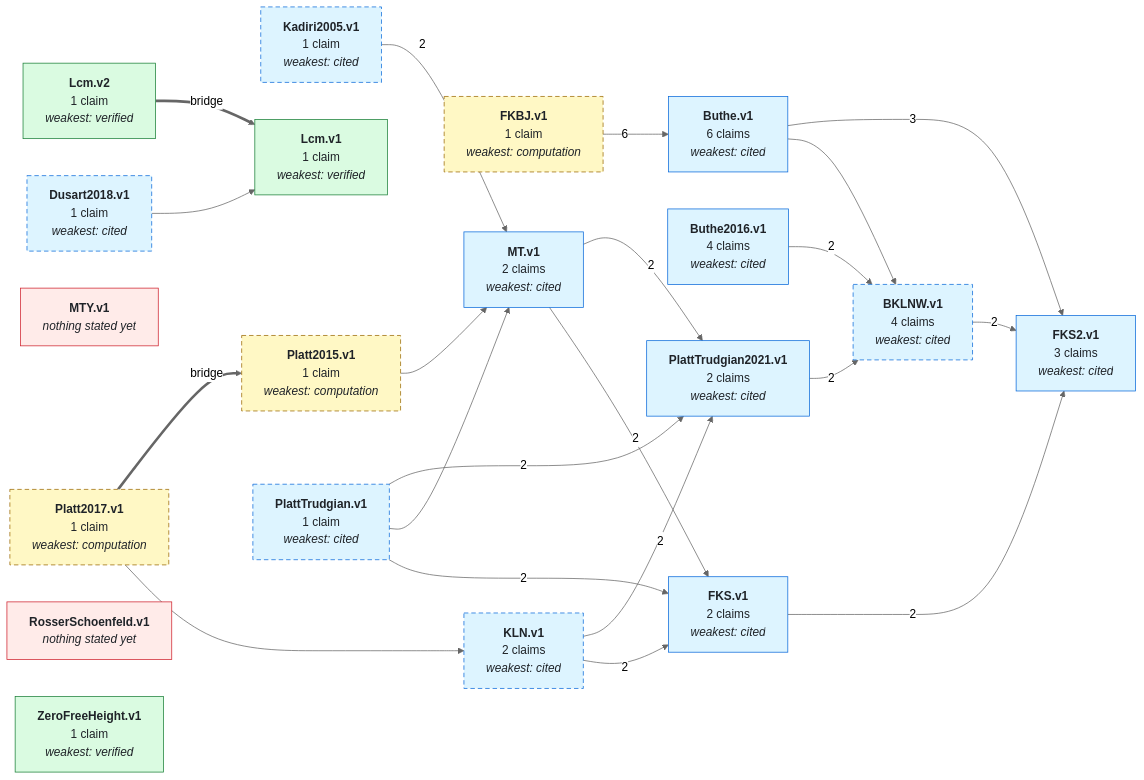
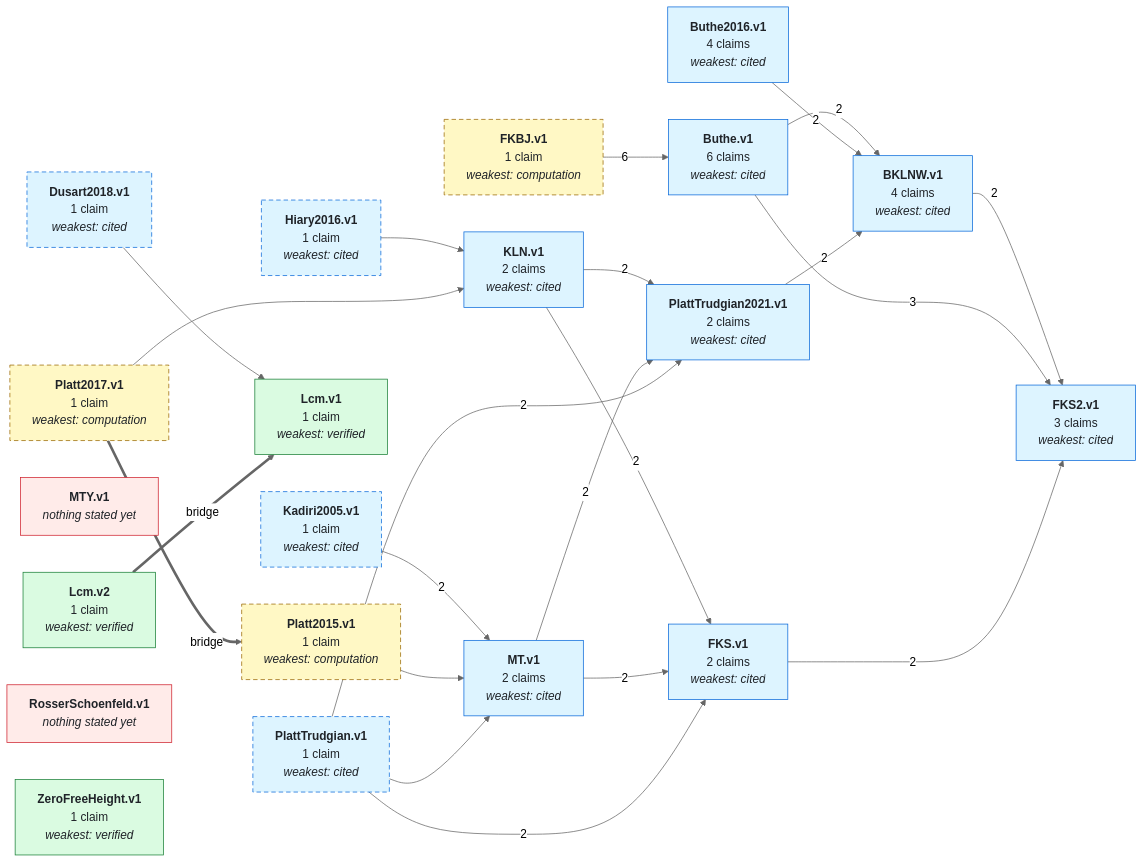
Before and after one commit to teorth/IEANTN: the first of 2 diagrams in GRAPH.md, drawn with Mermaid (neutral theme). The commit also changed other lines of this file and 15 other files, not shown here.

````diff
--- a/GRAPH.md
+++ b/GRAPH.md
@@ -40,77 +40,79 @@
 ```mermaid
 graph LR
   NBKLNW_v1["<b>BKLNW.v1</b><br/>4 claims<br/><i>weakest: cited</i>"]
   NButhe_v1["<b>Buthe.v1</b><br/>6 claims<br/><i>weakest: cited</i>"]
   NButhe2016_v1["<b>Buthe2016.v1</b><br/>4 claims<br/><i>weakest: cited</i>"]
   NDusart2018_v1["<b>Dusart2018.v1</b><br/>1 claim<br/><i>weakest: cited</i>"]
   NFKBJ_v1["<b>FKBJ.v1</b><br/>1 claim<br/><i>weakest: computation</i>"]
   NFKS_v1["<b>FKS.v1</b><br/>2 claims<br/><i>weakest: cited</i>"]
   NFKS2_v1["<b>FKS2.v1</b><br/>3 claims<br/><i>weakest: cited</i>"]
+  NHiary2016_v1["<b>Hiary2016.v1</b><br/>1 claim<br/><i>weakest: cited</i>"]
   NKLN_v1["<b>KLN.v1</b><br/>2 claims<br/><i>weakest: cited</i>"]
   NKadiri2005_v1["<b>Kadiri2005.v1</b><br/>1 claim<br/><i>weakest: cited</i>"]
   NLcm_v1["<b>Lcm.v1</b><br/>1 claim<br/><i>weakest: verified</i>"]
   NLcm_v2["<b>Lcm.v2</b><br/>1 claim<br/><i>weakest: verified</i>"]
   NMT_v1["<b>MT.v1</b><br/>2 claims<br/><i>weakest: cited</i>"]
   NMTY_v1["<b>MTY.v1</b><br/><i>nothing stated yet</i>"]
   NPlatt2015_v1["<b>Platt2015.v1</b><br/>1 claim<br/><i>weakest: computation</i>"]
   NPlatt2017_v1["<b>Platt2017.v1</b><br/>1 claim<br/><i>weakest: computation</i>"]
   NPlattTrudgian_v1["<b>PlattTrudgian.v1</b><br/>1 claim<br/><i>weakest: cited</i>"]
   NPlattTrudgian2021_v1["<b>PlattTrudgian2021.v1</b><br/>2 claims<br/><i>weakest: cited</i>"]
   NRosserSchoenfeld_v1["<b>RosserSchoenfeld.v1</b><br/><i>nothing stated yet</i>"]
   NZeroFreeHeight_v1["<b>ZeroFreeHeight.v1</b><br/>1 claim<br/><i>weakest: verified</i>"]
   NBKLNW_v1 -->|2| NFKS2_v1
-  NButhe_v1 --> NBKLNW_v1
+  NButhe_v1 -->|2| NBKLNW_v1
   NButhe_v1 -->|3| NFKS2_v1
   NButhe2016_v1 -->|2| NBKLNW_v1
   NDusart2018_v1 --> NLcm_v1
   NFKBJ_v1 -->|6| NButhe_v1
   NFKS_v1 -->|2| NFKS2_v1
+  NHiary2016_v1 --> NKLN_v1
   NKLN_v1 -->|2| NFKS_v1
   NKLN_v1 -->|2| NPlattTrudgian2021_v1
   NKadiri2005_v1 -->|2| NMT_v1
   NMT_v1 -->|2| NFKS_v1
   NMT_v1 -->|2| NPlattTrudgian2021_v1
   NPlatt2015_v1 --> NMT_v1
   NPlatt2017_v1 --> NKLN_v1
   NPlattTrudgian_v1 -->|2| NFKS_v1
   NPlattTrudgian_v1 --> NMT_v1
   NPlattTrudgian_v1 -->|2| NPlattTrudgian2021_v1
   NPlattTrudgian2021_v1 -->|2| NBKLNW_v1
   NLcm_v2 ==>|bridge| NLcm_v1
   NPlatt2017_v1 ==>|bridge| NPlatt2015_v1
-  style NBKLNW_v1 stroke-dasharray: 6 4;
   style NDusart2018_v1 stroke-dasharray: 6 4;
   style NFKBJ_v1 stroke-dasharray: 6 4;
-  style NKLN_v1 stroke-dasharray: 6 4;
+  style NHiary2016_v1 stroke-dasharray: 6 4;
   style NKadiri2005_v1 stroke-dasharray: 6 4;
   style NPlatt2015_v1 stroke-dasharray: 6 4;
   style NPlatt2017_v1 stroke-dasharray: 6 4;
   style NPlattTrudgian_v1 stroke-dasharray: 6 4;
   class NMTY_v1,NRosserSchoenfeld_v1 none_yet;
-  class NBKLNW_v1,NButhe_v1,NButhe2016_v1,NDusart2018_v1,NFKS_v1,NFKS2_v1,NKLN_v1,NKadiri2005_v1,NMT_v1,NPlattTrudgian_v1,NPlattTrudgian2021_v1 literature;
+  class NBKLNW_v1,NButhe_v1,NButhe2016_v1,NDusart2018_v1,NFKS_v1,NFKS2_v1,NHiary2016_v1,NKLN_v1,NKadiri2005_v1,NMT_v1,NPlattTrudgian_v1,NPlattTrudgian2021_v1 literature;
   class NFKBJ_v1,NPlatt2015_v1,NPlatt2017_v1 numerical;
   class NLcm_v1,NLcm_v2,NZeroFreeHeight_v1 lean_comparator;
   click NBKLNW_v1 href "https://github.com/teorth/IEANTN/blob/main/docs/nodes/BKLNW-v1.md" _blank
   click NButhe_v1 href "https://github.com/teorth/IEANTN/blob/main/docs/nodes/Buthe-v1.md" _blank
   click NButhe2016_v1 href "https://github.com/teorth/IEANTN/blob/main/docs/nodes/Buthe2016-v1.md" _blank
   click NDusart2018_v1 href "https://github.com/teorth/IEANTN/blob/main/docs/nodes/Dusart2018-v1.md" _blank
   click NFKBJ_v1 href "https://github.com/teorth/IEANTN/blob/main/docs/nodes/FKBJ-v1.md" _blank
   click NFKS_v1 href "https://github.com/teorth/IEANTN/blob/main/docs/nodes/FKS-v1.md" _blank
   click NFKS2_v1 href "https://github.com/teorth/IEANTN/blob/main/docs/nodes/FKS2-v1.md" _blank
+  click NHiary2016_v1 href "https://github.com/teorth/IEANTN/blob/main/docs/nodes/Hiary2016-v1.md" _blank
   click NKLN_v1 href "https://github.com/teorth/IEANTN/blob/main/docs/nodes/KLN-v1.md" _blank
   click NKadiri2005_v1 href "https://github.com/teorth/IEANTN/blob/main/docs/nodes/Kadiri2005-v1.md" _blank
   click NLcm_v1 href "https://github.com/teorth/IEANTN/blob/main/docs/nodes/Lcm-v1.md" _blank
   click NLcm_v2 href "https://github.com/teorth/IEANTN/blob/main/docs/nodes/Lcm-v2.md" _blank
   click NMT_v1 href "https://github.com/teorth/IEANTN/blob/main/docs/nodes/MT-v1.md" _blank
   click NPlatt2015_v1 href "https://github.com/teorth/IEANTN/blob/main/docs/nodes/Platt2015-v1.md" _blank
   click NPlatt2017_v1 href "https://github.com/teorth/IEANTN/blob/main/docs/nodes/Platt2017-v1.md" _blank
   click NPlattTrudgian_v1 href "https://github.com/teorth/IEANTN/blob/main/docs/nodes/PlattTrudgian-v1.md" _blank
   click NPlattTrudgian2021_v1 href "https://github.com/teorth/IEANTN/blob/main/docs/nodes/PlattTrudgian2021-v1.md" _blank
   click NZeroFreeHeight_v1 href "https://github.com/teorth/IEANTN/blob/main/docs/nodes/ZeroFreeHeight-v1.md" _blank
   classDef lean_comparator fill:#dafbe1,stroke:#1a7f37,color:#1f2328;
   classDef numerical fill:#fff8c5,stroke:#9a6700,color:#1f2328;
   classDef literature fill:#ddf4ff,stroke:#0969da,color:#1f2328;
   classDef asserted fill:#fff1e5,stroke:#bc4c00,color:#1f2328;
   classDef bridged fill:#fbefff,stroke:#8250df,color:#1f2328;
   classDef none_yet fill:#ffebe9,stroke:#cf222e,color:#1f2328;
 ```
````
